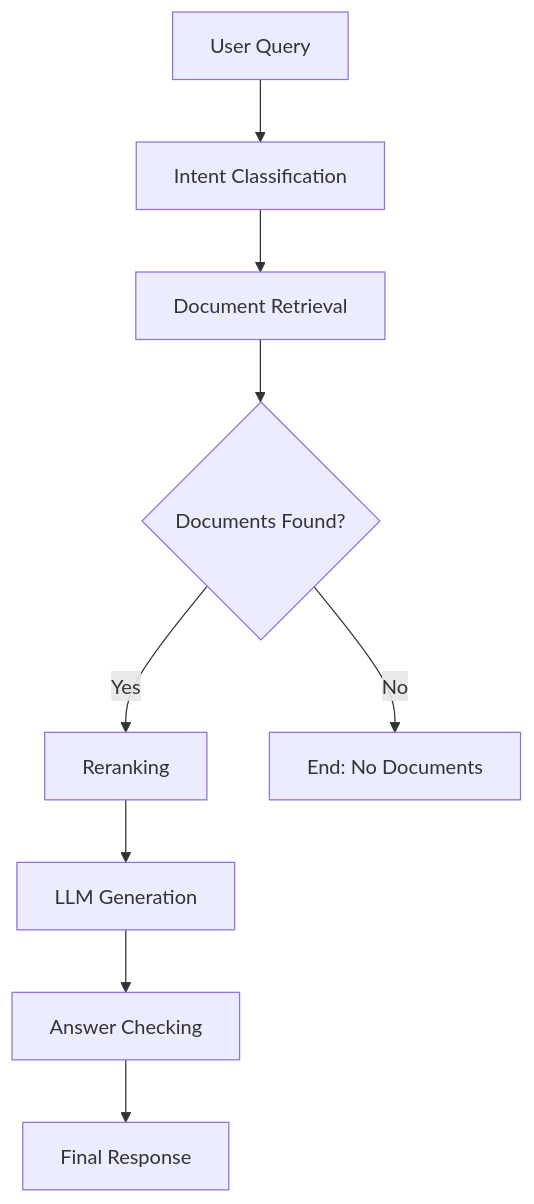
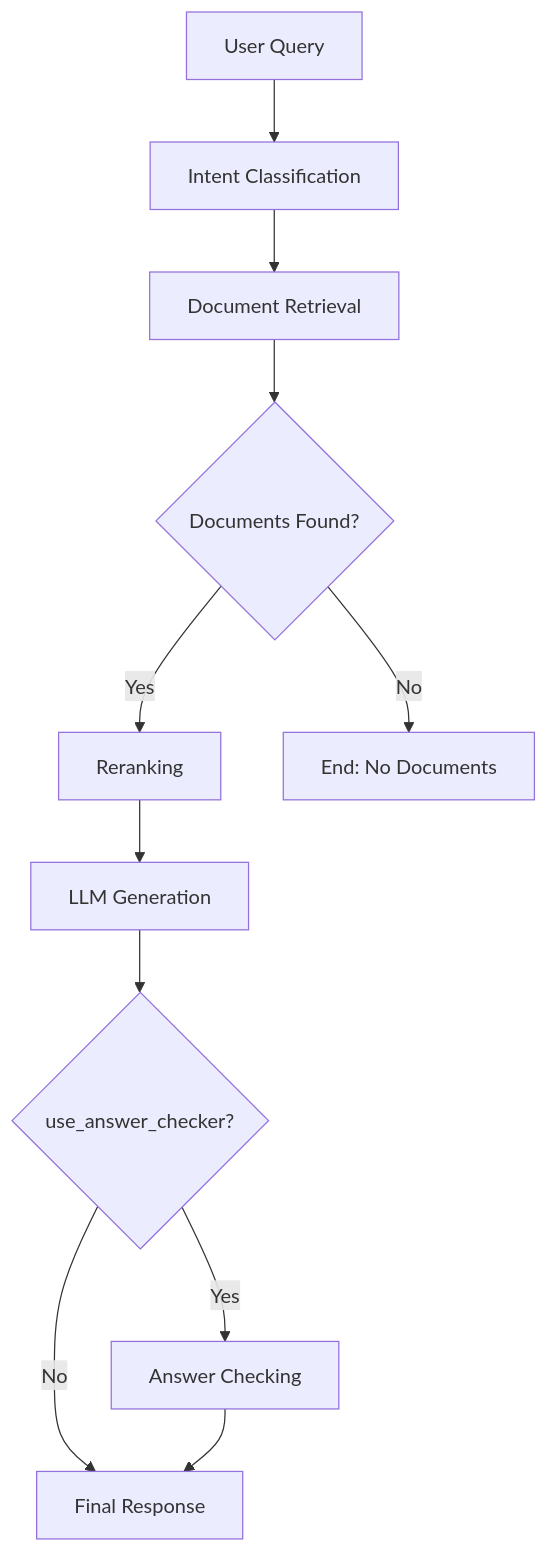
One commit to nik-erofeev/my_rnd_service changed the diagram in app/services/RAG/README.md. Above: the diagram before and after it, drawn with Mermaid. The commit also changed other lines of this file, not shown here.

````diff
--- a/app/services/RAG/README.md
+++ b/app/services/RAG/README.md
@@ -102,11 +139,13 @@
 ```mermaid
 graph TD
     A[User Query] --> B[Intent Classification]
     B --> C[Document Retrieval]
     C --> D{Documents Found?}
     D -->|Yes| E[Reranking]
     D -->|No| F[End: No Documents]
     E --> G[LLM Generation]
-    G --> H[Answer Checking]
-    H --> I[Final Response]
+    G --> H{use_answer_checker?}
+    H -->|Yes| I[Answer Checking]
+    H -->|No| J[Final Response]
+    I --> J
 ```
````
